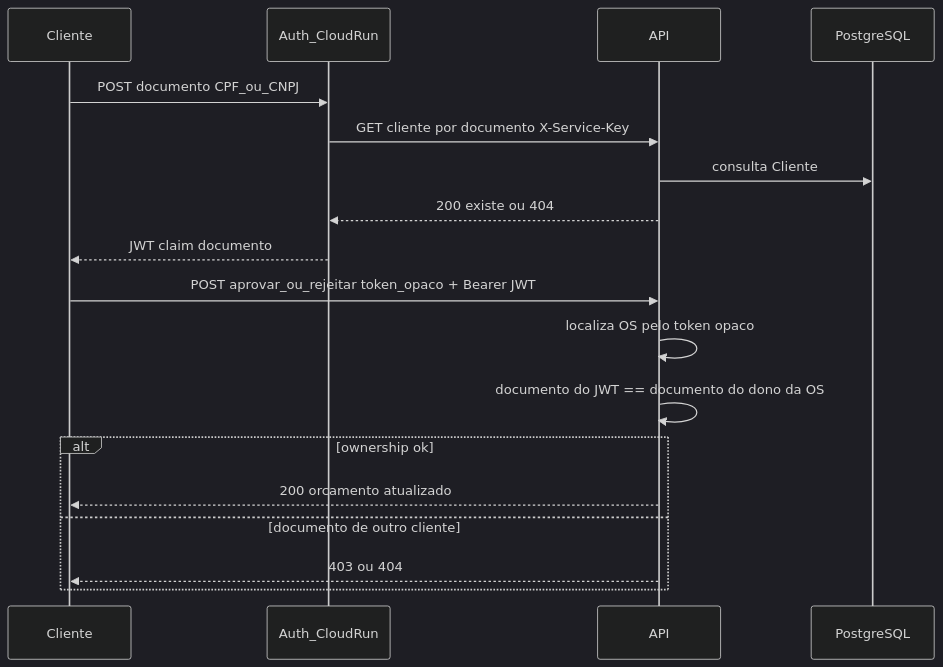
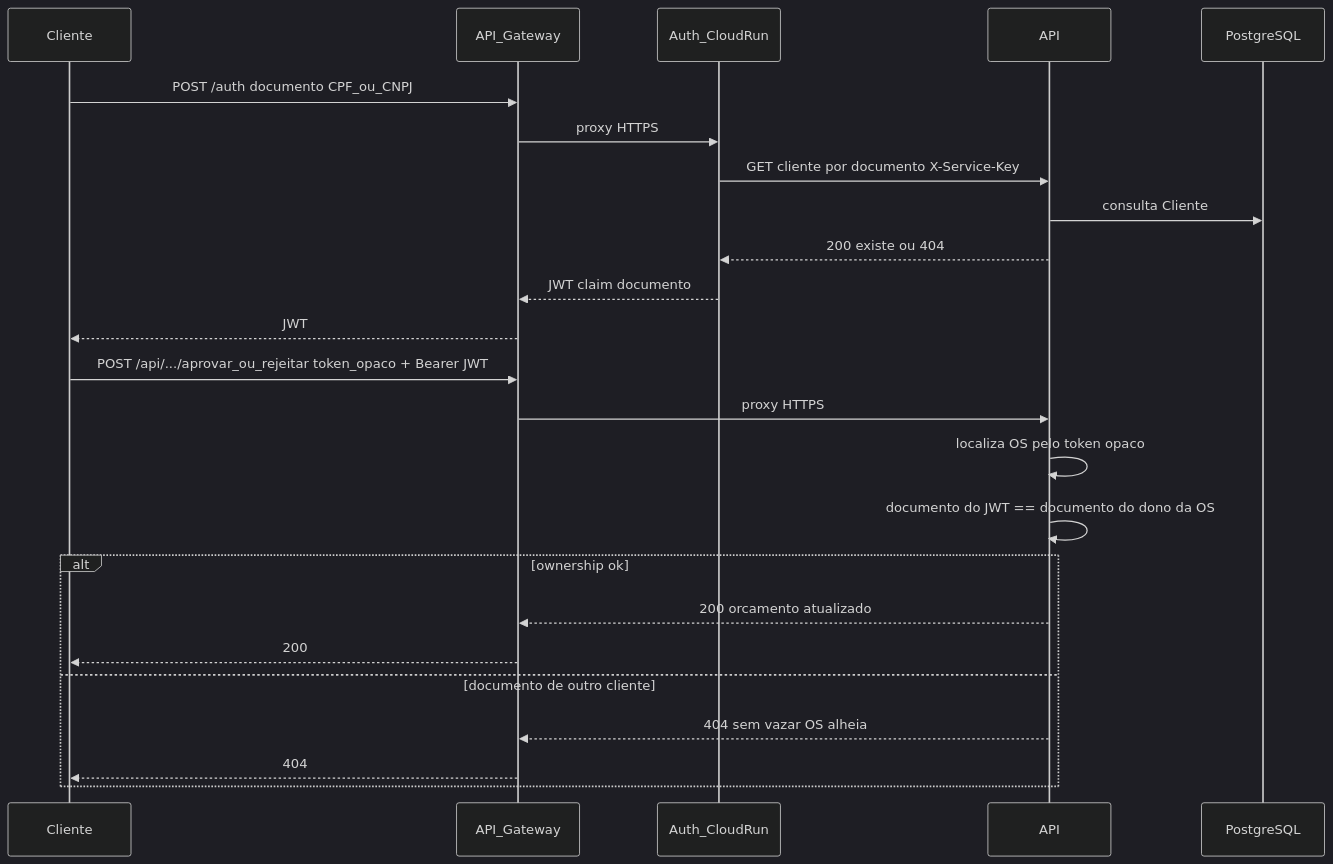
The diagram in README.md (fiap-vcosta/auth), drawn with Mermaid (dark theme) before and after one commit. The commit also changed other lines of this file and 8 other files, not shown here.

First line of the commit message:
docs: Gateway sequence, Requestly owned by api

````diff
--- a/README.md
+++ b/README.md
@@ -32,22 +32,28 @@
 ```mermaid
 sequenceDiagram
   participant Cliente
+  participant Gw as API_Gateway
   participant Auth as Auth_CloudRun
   participant Api as API
   participant Db as PostgreSQL
 
-  Cliente->>Auth: POST documento CPF_ou_CNPJ
+  Cliente->>Gw: POST /auth documento CPF_ou_CNPJ
+  Gw->>Auth: proxy HTTPS
   Auth->>Api: GET cliente por documento X-Service-Key
   Api->>Db: consulta Cliente
   Api-->>Auth: 200 existe ou 404
-  Auth-->>Cliente: JWT claim documento
+  Auth-->>Gw: JWT claim documento
+  Gw-->>Cliente: JWT
 
-  Cliente->>Api: POST aprovar_ou_rejeitar token_opaco + Bearer JWT
+  Cliente->>Gw: POST /api/.../aprovar_ou_rejeitar token_opaco + Bearer JWT
+  Gw->>Api: proxy HTTPS
   Api->>Api: localiza OS pelo token opaco
   Api->>Api: documento do JWT == documento do dono da OS
   alt ownership ok
-    Api-->>Cliente: 200 orcamento atualizado
+    Api-->>Gw: 200 orcamento atualizado
+    Gw-->>Cliente: 200
   else documento de outro cliente
-    Api-->>Cliente: 403 ou 404
+    Api-->>Gw: 404 sem vazar OS alheia
+    Gw-->>Cliente: 404
   end
 ```
````
